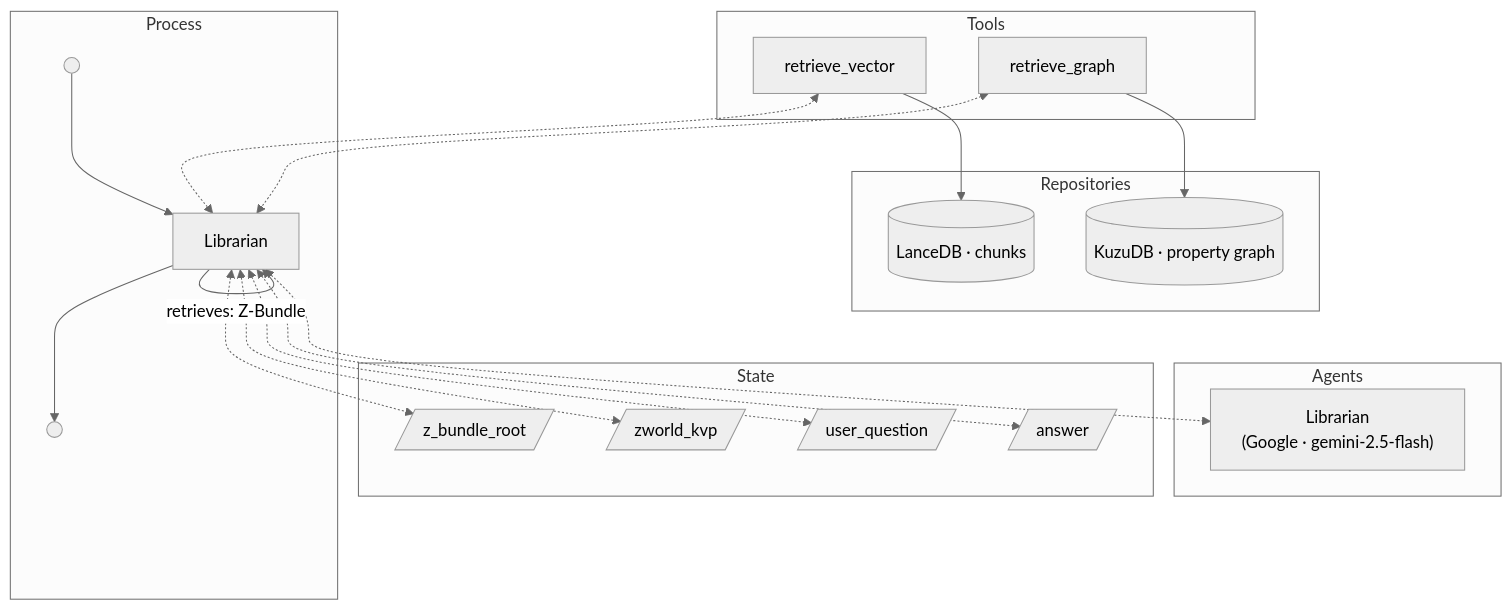
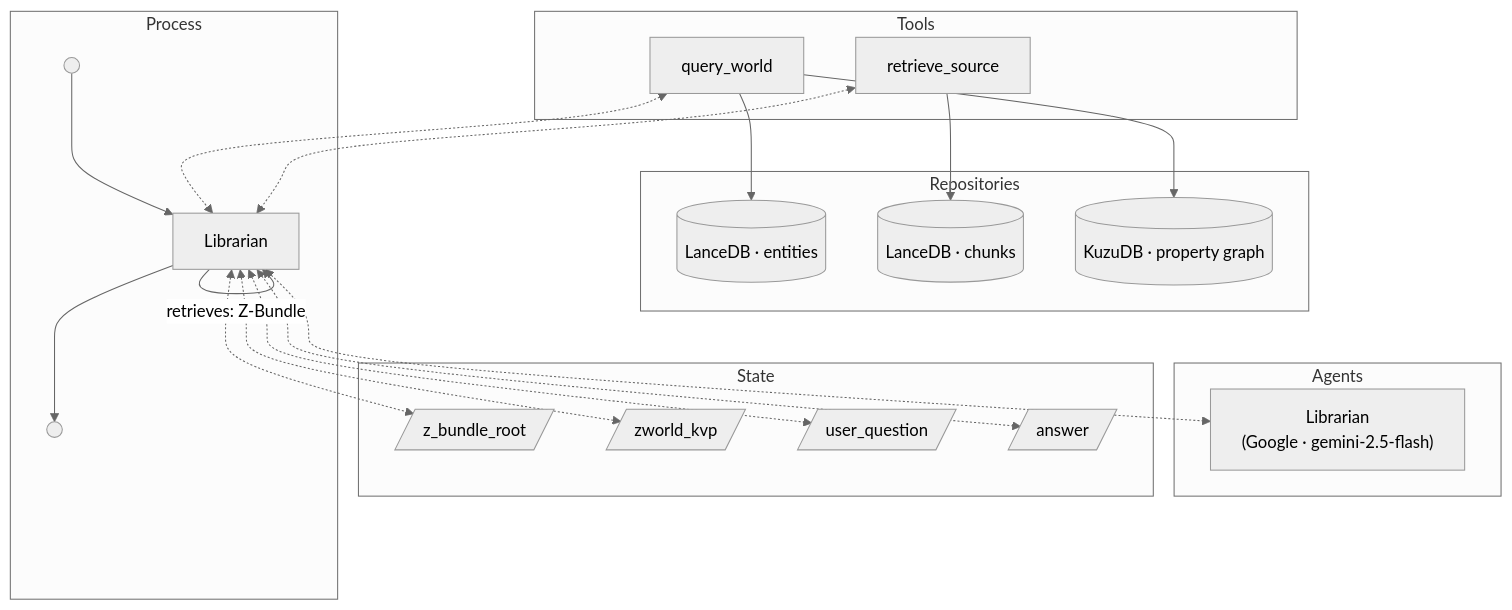
The diagram in docs/Ask About World.md (peterbaileyct/zforge), drawn with Mermaid (neutral theme) before and after one commit. The commit also changed other lines of this file and 39 other files, not shown here.

Commit message:
Rewrote world generation to use a much more detailed ontology for the graph and much more precise chunking, and generated summaries, for the vector. Massive rewrite of UI code incorporating best practices for Flet and static analysis to find errors before runtime.

````diff
--- a/docs/Ask About World.md
+++ b/docs/Ask About World.md
@@ -4,37 +4,39 @@
 ```mermaid
 flowchart TD
     subgraph Agents
         A_librarian["Librarian\n(Google · gemini-2.5-flash)"]
     end
 
     subgraph State
         S_z_bundle_root[/"z_bundle_root"/]
         S_zworld_kvp[/"zworld_kvp"/]
         S_user_question[/"user_question"/]
         S_answer[/"answer"/]
     end
 
     subgraph Repositories
-        R_vector[(LanceDB · chunks)]
+        R_entities[(LanceDB · entities)]
+        R_chunks[(LanceDB · chunks)]
         R_graph[(KuzuDB · property graph)]
     end
 
     subgraph Tools
-        T_vec_retriever[retrieve_vector] --> R_vector
-        T_graph_retriever[retrieve_graph] --> R_graph
+        T_query_world[query_world] --> R_entities
+        T_query_world --> R_graph
+        T_retrieve_source[retrieve_source] --> R_chunks
     end
 
     subgraph Process
         P_start(( )) --> P_librarian[Librarian]
         P_librarian -->|"retrieves: Z-Bundle"| P_librarian
         P_librarian --> P_stop(( ))
     end
 
     P_librarian <-.-> A_librarian
     P_librarian <-.-> S_z_bundle_root
     P_librarian <-.-> S_zworld_kvp
     P_librarian <-.-> S_user_question
     P_librarian <-.-> S_answer
-    T_vec_retriever <-.-> P_librarian
-    T_graph_retriever <-.-> P_librarian
+    T_query_world <-.-> P_librarian
+    T_retrieve_source <-.-> P_librarian
 ```
````
